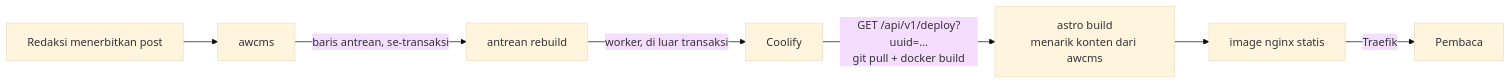
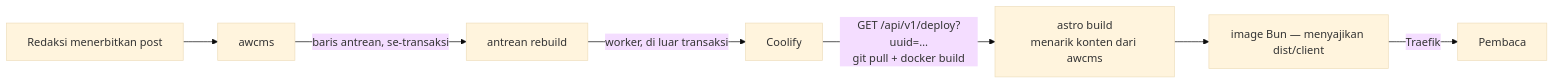
The diagram in docs/deploy-coolify.md (ahliweb/awcms-astro), drawn with Mermaid (base theme) before and after one commit. The commit also changed other lines of this file and 31 other files, not shown here.

First line of the commit message:
feat(deploy): Bun menyajikan hasil build, nginx dilepas dari image (ADR-0016) (#15)

````diff
--- a/docs/deploy-coolify.md
+++ b/docs/deploy-coolify.md
@@ -14,9 +14,9 @@
 ```mermaid
 flowchart LR
   Redaksi["Redaksi menerbitkan post"] --> Awcms["awcms"]
   Awcms -->|"baris antrean, se-transaksi"| Antrean["antrean rebuild"]
   Antrean -->|"worker, di luar transaksi"| Coolify["Coolify"]
   Coolify -->|"GET /api/v1/deploy?uuid=…<br/>git pull + docker build"| Build["astro build<br/>menarik konten dari awcms"]
-  Build --> Nginx["image nginx statis"]
-  Nginx -->|"Traefik"| Pembaca["Pembaca"]
+  Build --> Image["image Bun — menyajikan dist/client"]
+  Image -->|"Traefik"| Pembaca["Pembaca"]
 ```
````
